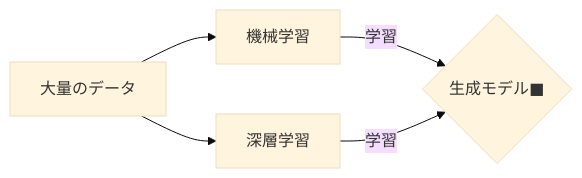
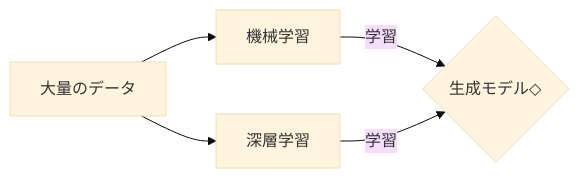
One commit to SparklingDetergent/doc_genai_Using_Generative_AI_with_Mac_Mini_-Introduction- changed the second of 14 diagrams in README.md. Above: the diagram before and after it, drawn with Mermaid (base theme). The commit also changed other lines of this file, not shown here.

````diff
--- a/README.md
+++ b/README.md
@@ -85,5 +85,5 @@
 ```mermaid
 graph LR
-    A[大量のデータ] --> B[機械学習] --> |学習| C{生成モデル■};
+    A[大量のデータ] --> B[機械学習] --> |学習| C{生成モデル◇};
     A --> D[深層学習] --> |学習| C;
 ```
````
